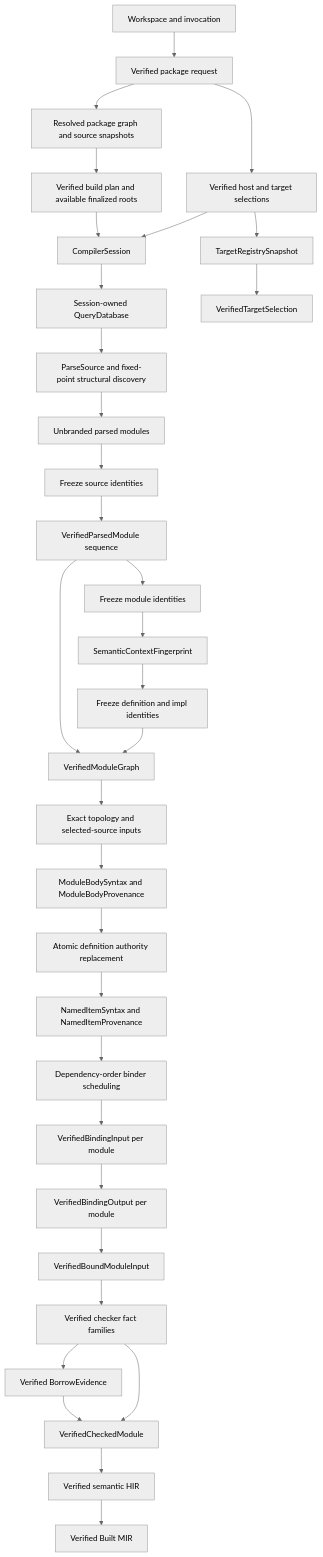
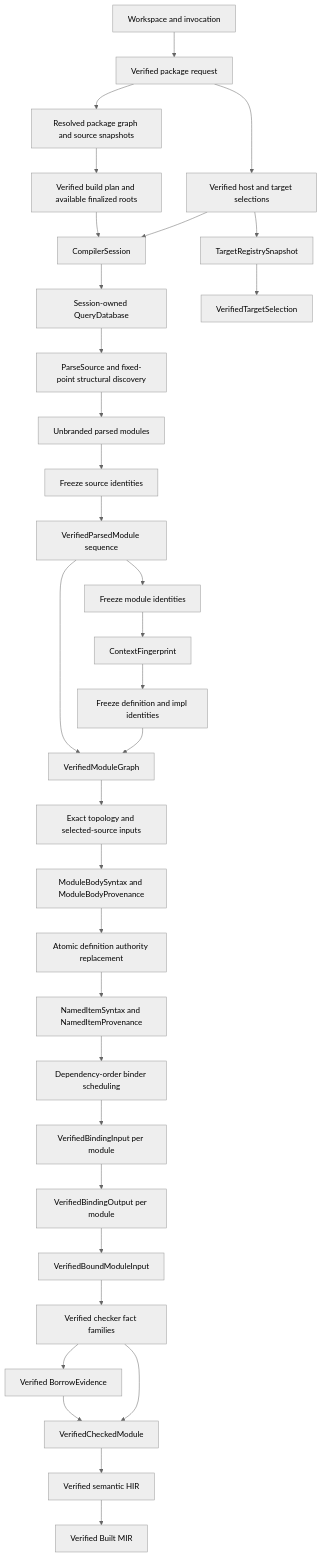
The first of 2 diagrams in docs/design/architecture.md (Zzzode/ZOM), drawn with Mermaid (neutral theme) before and after one commit. The commit also changed other lines of this file and 432 other files, not shown here.

````diff
--- a/docs/design/architecture.md
+++ b/docs/design/architecture.md
@@ -77,35 +77,35 @@
 ```mermaid
 flowchart TD
     W["Workspace and invocation"] --> P["Verified package request"]
     P --> T["Verified host and target selections"]
     P --> R["Resolved package graph and source snapshots"]
     R --> B["Verified build plan and available finalized roots"]
     T --> S["CompilerSession"]
     B --> S
     S --> Q["Session-owned QueryDatabase"]
     Q --> D["ParseSource and fixed-point structural discovery"]
     D --> U["Unbranded parsed modules"]
     U --> SI["Freeze source identities"]
     SI --> PS["VerifiedParsedModule sequence"]
     PS --> MI["Freeze module identities"]
-    MI --> F["SemanticContextFingerprint"]
+    MI --> F["ContextFingerprint"]
     F --> DI["Freeze definition and impl identities"]
     DI --> G["VerifiedModuleGraph"]
     PS --> G
     G --> TI["Exact topology and selected-source inputs"]
     TI --> MB["ModuleBodySyntax and ModuleBodyProvenance"]
     MB --> AP["Atomic definition authority replacement"]
     AP --> NI["NamedItemSyntax and NamedItemProvenance"]
     NI --> O["Dependency-order binder scheduling"]
     O --> VI["VerifiedBindingInput per module"]
     VI --> VO["VerifiedBindingOutput per module"]
     VO --> VBM["VerifiedBoundModuleInput"]
     VBM --> C["Verified checker fact families"]
     C --> BE["Verified BorrowEvidence"]
     C --> CM["VerifiedCheckedModule"]
     BE --> CM
     CM --> H["Verified semantic HIR"]
     H --> M["Verified Built MIR"]
     T --> TR["TargetRegistrySnapshot"]
     TR --> VT["VerifiedTargetSelection"]
 ```
````
